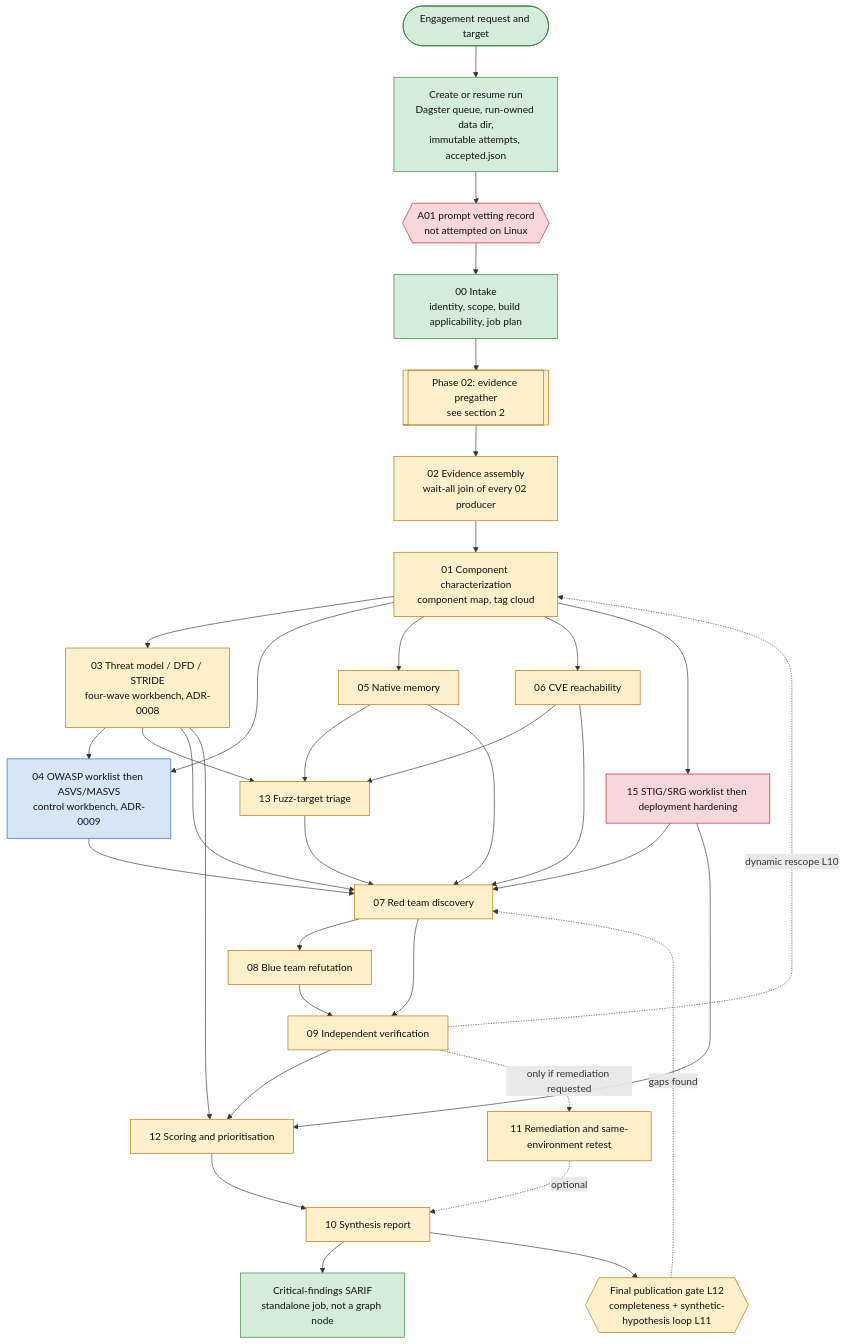
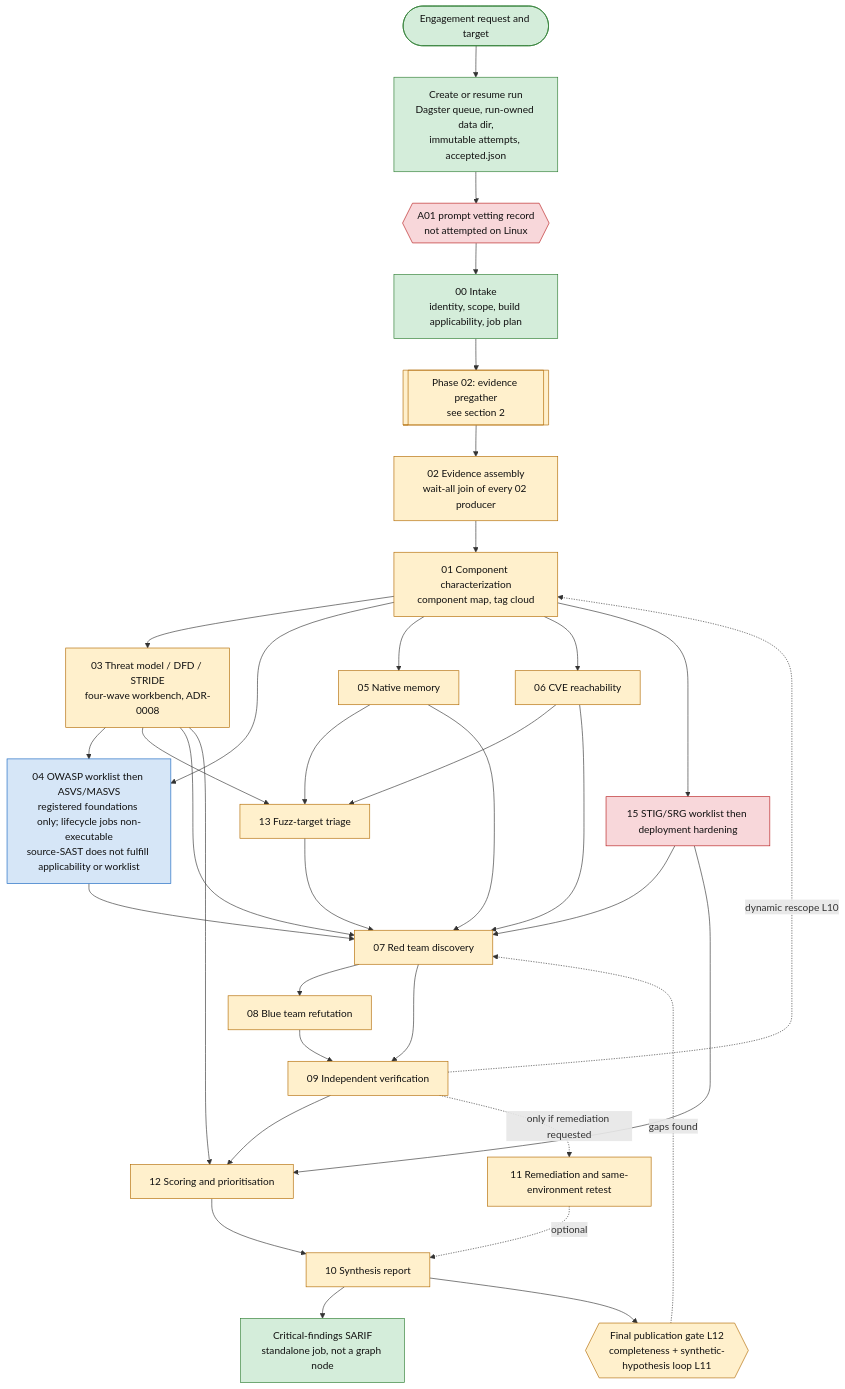
The first of 6 diagrams in docs/appsec-review-process-flow.md (wsollers/appsec-review), drawn with Mermaid before and after one commit. The commit also changed other lines of this file and 19 other files, not shown here.

Commit message:
Qualify build replay and source SAST happy path

````diff
--- a/docs/appsec-review-process-flow.md
+++ b/docs/appsec-review-process-flow.md
@@ -20,47 +20,47 @@
 ```mermaid
 flowchart TD
   classDef built fill:#d4edda,stroke:#2e7d32,color:#111
   classDef found fill:#d6e6f7,stroke:#1565c0,color:#111
   classDef todo fill:#fff0cc,stroke:#b26a00,color:#111
   classDef gate fill:#f8d7da,stroke:#b71c1c,color:#111
   classDef none fill:#e6e6e6,stroke:#666,color:#111
 
   REQ([Engagement request and target]):::built --> RUN[Create or resume run<br/>Dagster queue, run-owned data dir,<br/>immutable attempts, accepted.json]:::built
   RUN --> VET{{A01 prompt vetting record<br/>not attempted on Linux}}:::gate
   VET --> INT[00 Intake<br/>identity, scope, build applicability, job plan]:::built
 
   INT --> P2[[Phase 02: evidence pregather<br/>see section 2]]:::todo
   P2 --> ASM[02 Evidence assembly<br/>wait-all join of every 02 producer]:::todo
   ASM --> CMP[01 Component characterization<br/>component map, tag cloud]:::todo
 
   CMP --> TM[03 Threat model / DFD / STRIDE<br/>four-wave workbench, ADR-0008]:::todo
-  CMP --> OW[04 OWASP worklist then ASVS/MASVS<br/>control workbench, ADR-0009]:::found
+  CMP --> OW[04 OWASP worklist then ASVS/MASVS<br/>registered foundations only; lifecycle jobs non-executable<br/>source-SAST does not fulfill applicability or worklist]:::found
   CMP --> NM[05 Native memory]:::todo
   CMP --> CV[06 CVE reachability]:::todo
   CMP --> HD[15 STIG/SRG worklist then deployment hardening]:::gate
   TM --> OW
   TM --> FZ[13 Fuzz-target triage]:::todo
   NM --> FZ
   CV --> FZ
 
   OW --> RT
   TM --> RT
   NM --> RT
   CV --> RT
   HD --> RT
   FZ --> RT[07 Red team discovery]:::todo
   RT --> BT[08 Blue team refutation]:::todo
   RT --> IV
   BT --> IV[09 Independent verification]:::todo
   IV --> SC[12 Scoring and prioritisation]:::todo
   HD --> SC
   TM --> SC
   IV -. only if remediation requested .-> RM[11 Remediation and same-environment retest]:::todo
   SC --> SY[10 Synthesis report]:::todo
   RM -. optional .-> SY
   SY --> SARIF[Critical-findings SARIF<br/>standalone job, not a graph node]:::built
   SY --> FIN{{Final publication gate L12<br/>completeness + synthetic-hypothesis loop L11}}:::todo
 
   IV -. dynamic rescope L10 .-> CMP
   FIN -. gaps found .-> RT
 ```
````
